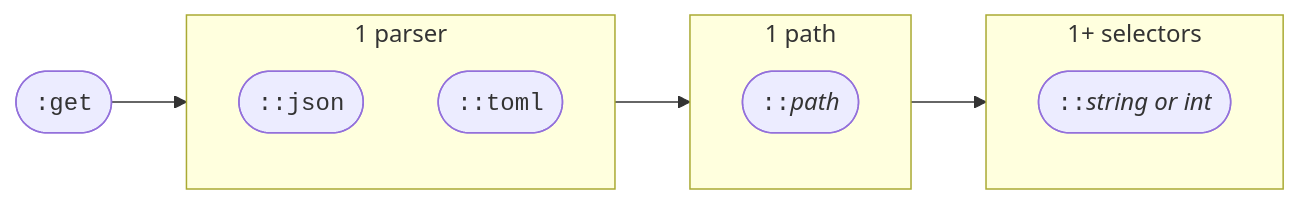
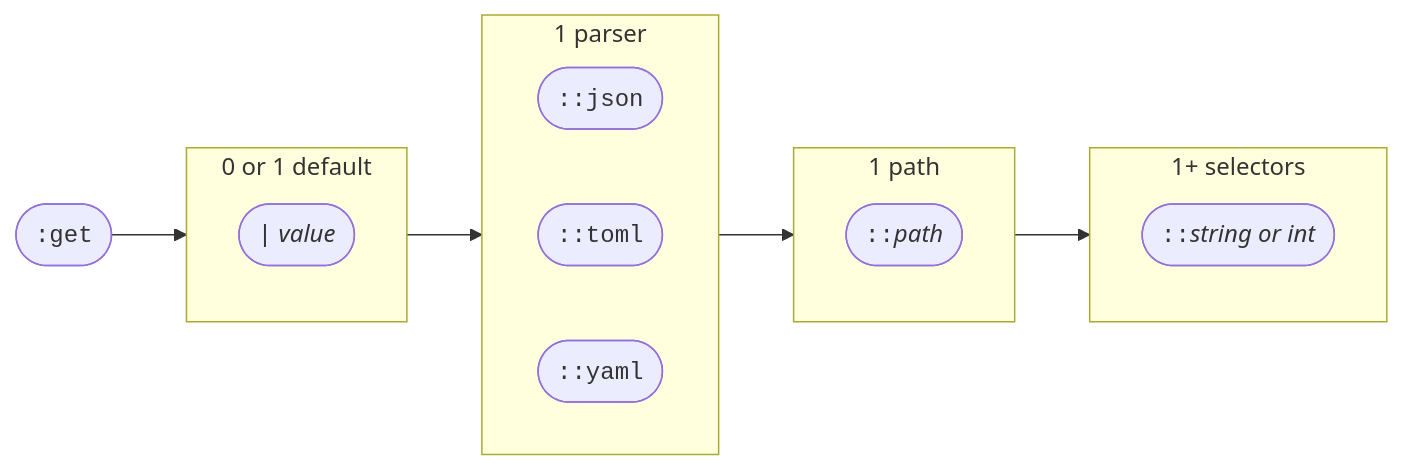
Before and after one commit to deathbeds/doitoml: the second of 4 diagrams in docs/how-to/dsl.md, drawn with Mermaid. The commit also changed other lines of this file and 39 other files, not shown here.

````diff
--- a/docs/how-to/dsl.md
+++ b/docs/how-to/dsl.md
@@ -36,20 +39,26 @@
 ```{mermaid}
 flowchart LR
 
-get --> parsers --> paths --> selectors
+get --> defaults --> parsers --> paths --> selectors
 
 get([<code>:get</code>])
 
+subgraph defaults [0 or 1 default]
+    default(["<code>|</code> <i>value</i>"])
+end
+
 subgraph parsers [1 parser]
+  direction LR
   json([<code>::json</code>])
   toml([<code>::toml</code>])
+  yaml([<code>::yaml</code>])
 end
 
 subgraph paths [1 path]
   path([<code>::</code><i>path</i>])
 end
 
 subgraph selectors [1+ selectors]
   selector([<code>::</code><i>string or int</i>])
 end
 ```
````
